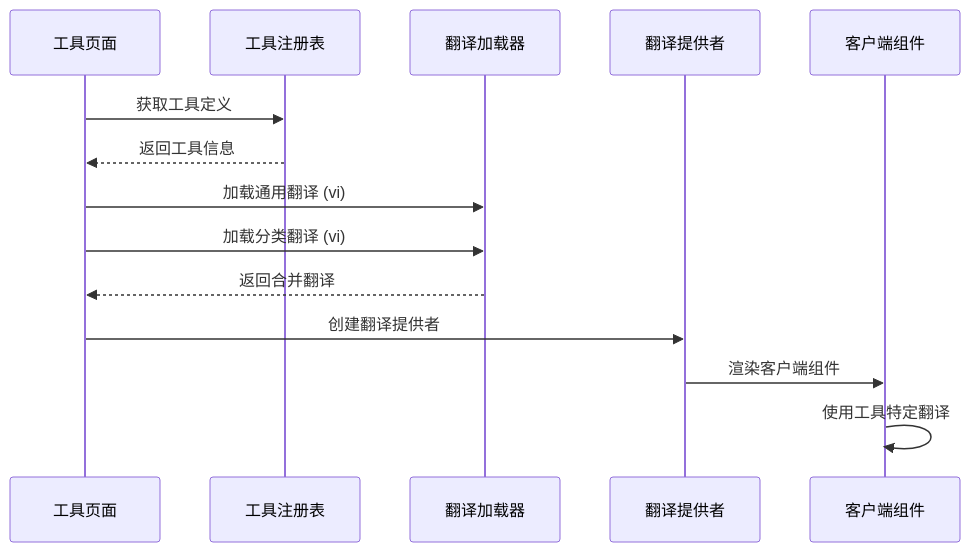
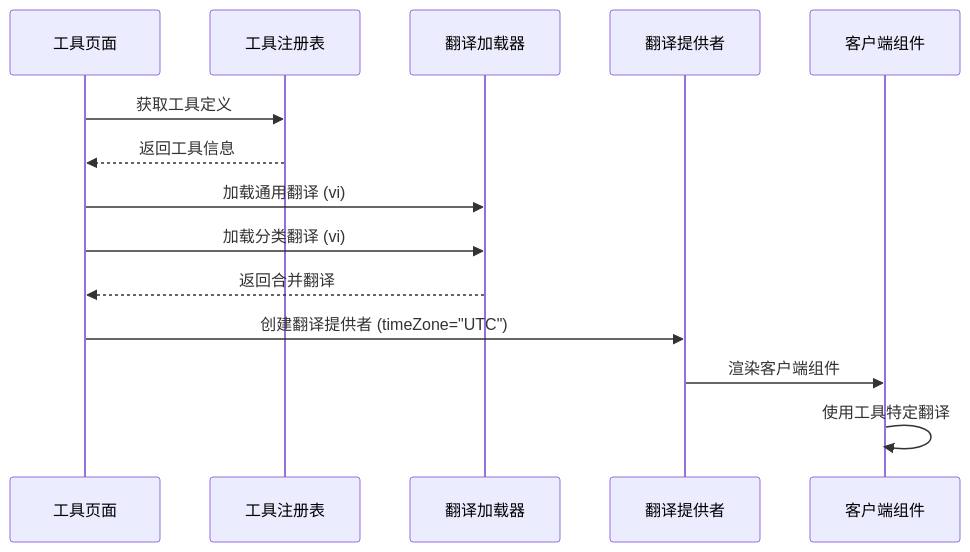
One commit to sgyy/privadeck changed the ninth of 12 diagrams in .qoder/repowiki/zh/content/技术架构/国际化系统.md. Above: the diagram before and after it, drawn with Mermaid. The commit also changed other lines of this file and 2 other files, not shown here.

````diff
--- a/.qoder/repowiki/zh/content/技术架构/国际化系统.md
+++ b/.qoder/repowiki/zh/content/技术架构/国际化系统.md
@@ -436,16 +494,16 @@
 ```mermaid
 sequenceDiagram
 participant Page as 工具页面
 participant Registry as 工具注册表
 participant Loader as 翻译加载器
 participant Provider as 翻译提供者
 participant Client as 客户端组件
 Page->>Registry : 获取工具定义
 Registry-->>Page : 返回工具信息
 Page->>Loader : 加载通用翻译 (vi)
 Page->>Loader : 加载分类翻译 (vi)
 Loader-->>Page : 返回合并翻译
-Page->>Provider : 创建翻译提供者
+Page->>Provider : 创建翻译提供者 (timeZone="UTC")
 Provider->>Client : 渲染客户端组件
 Client->>Client : 使用工具特定翻译
 ```
````
